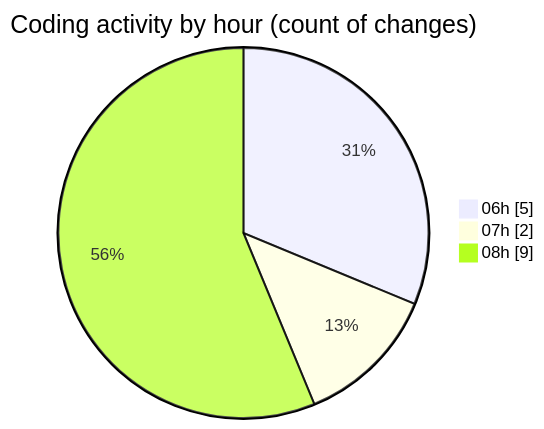
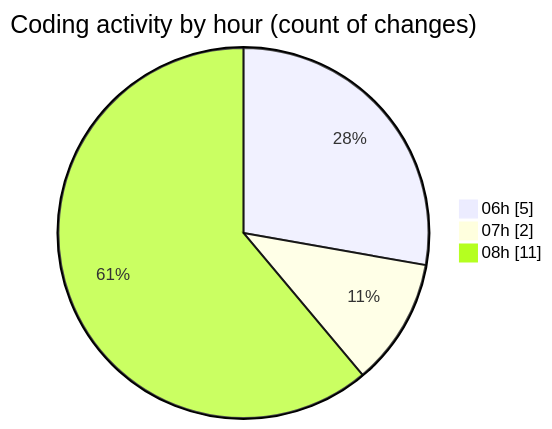
The second of 2 diagrams in 2025-04-17/zeytoon/README.md (vahidmafi/code-tracking), drawn with Mermaid before and after one commit. The commit also changed other lines of this file and 1 other file, not shown here.

````diff
--- a/2025-04-17/zeytoon/README.md
+++ b/2025-04-17/zeytoon/README.md
@@ -31,7 +31,7 @@
 ```mermaid
 pie showData
 title Coding activity by hour (count of changes)
 "06h" : 5
 "07h" : 2
-"08h" : 9
+"08h" : 11
 ```
````
